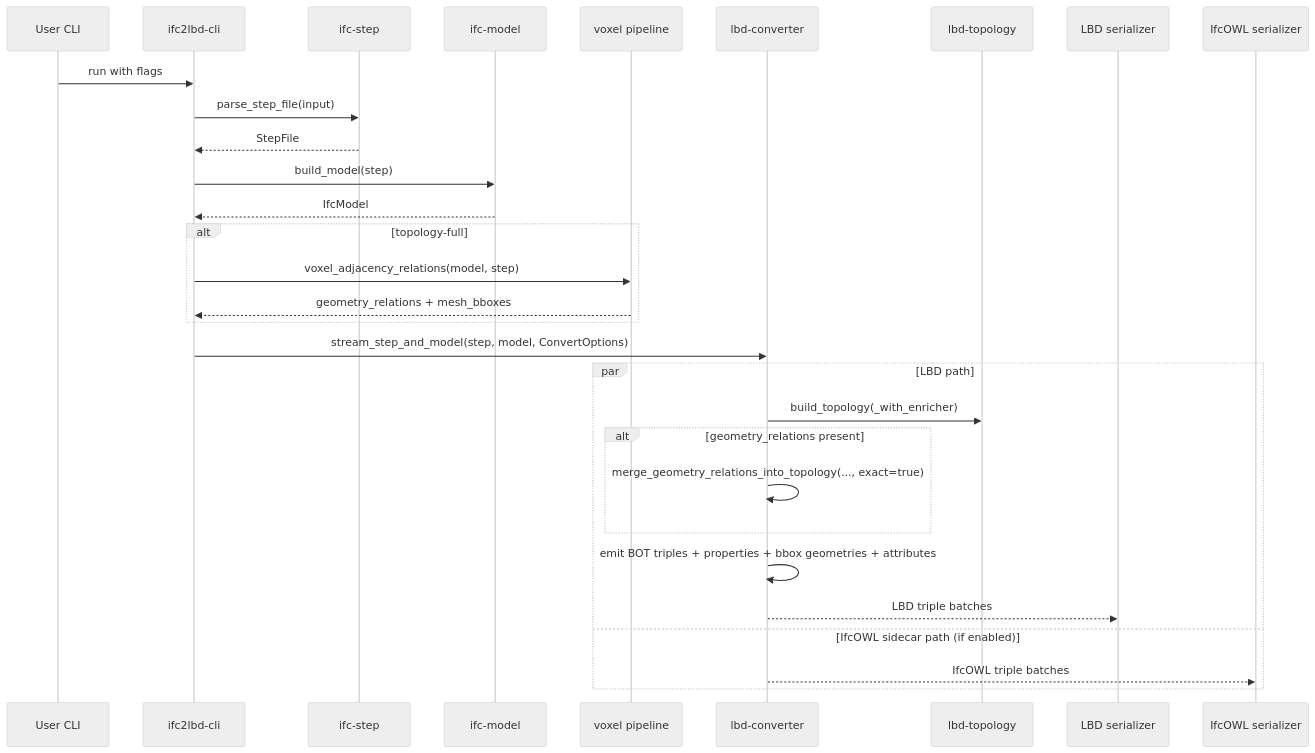
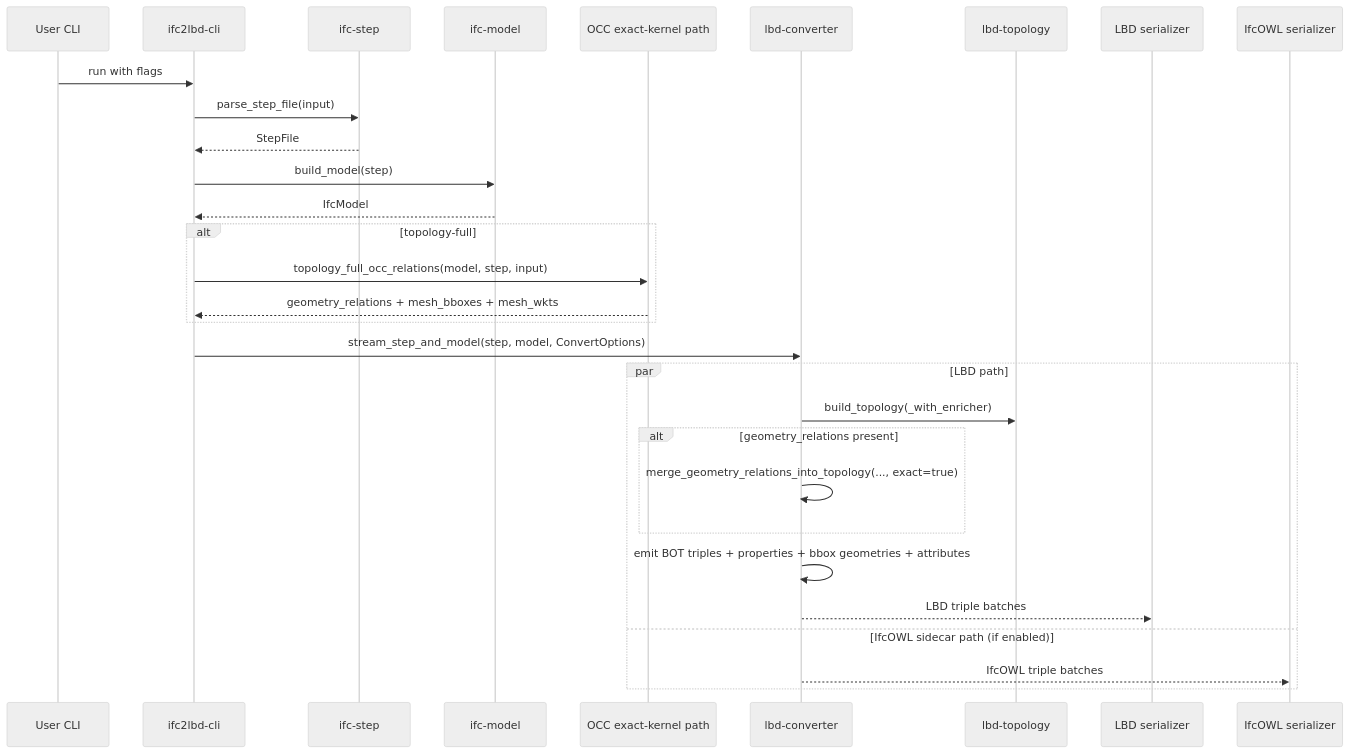
Before and after one commit to ISBE-TUe/IFC2LBD-Neo: the diagram in docs/current/topology-full-workflow.md, drawn with Mermaid (neutral theme). The commit also changed other lines of this file and 10 other files, not shown here.

````diff
--- a/docs/current/topology-full-workflow.md
+++ b/docs/current/topology-full-workflow.md
@@ -37,36 +37,36 @@
 ```mermaid
 sequenceDiagram
     participant U as User CLI
     participant C as ifc2lbd-cli
     participant S as ifc-step
     participant M as ifc-model
-    participant V as voxel pipeline
+    participant G as OCC exact-kernel path
     participant X as lbd-converter
     participant T as lbd-topology
     participant L as LBD serializer
     participant I as IfcOWL serializer
 
     U->>C: run with flags
     C->>S: parse_step_file(input)
     S-->>C: StepFile
     C->>M: build_model(step)
     M-->>C: IfcModel
 
     alt topology-full
-        C->>V: voxel_adjacency_relations(model, step)
-        V-->>C: geometry_relations + mesh_bboxes
+        C->>G: topology_full_occ_relations(model, step, input)
+        G-->>C: geometry_relations + mesh_bboxes + mesh_wkts
     end
 
     C->>X: stream_step_and_model(step, model, ConvertOptions)
 
     par LBD path
         X->>T: build_topology(_with_enricher)
         alt geometry_relations present
             X->>X: merge_geometry_relations_into_topology(..., exact=true)
         end
         X->>X: emit BOT triples + properties + bbox geometries + attributes
         X-->>L: LBD triple batches
     and IfcOWL sidecar path (if enabled)
         X-->>I: IfcOWL triple batches
     end
 ```
````
